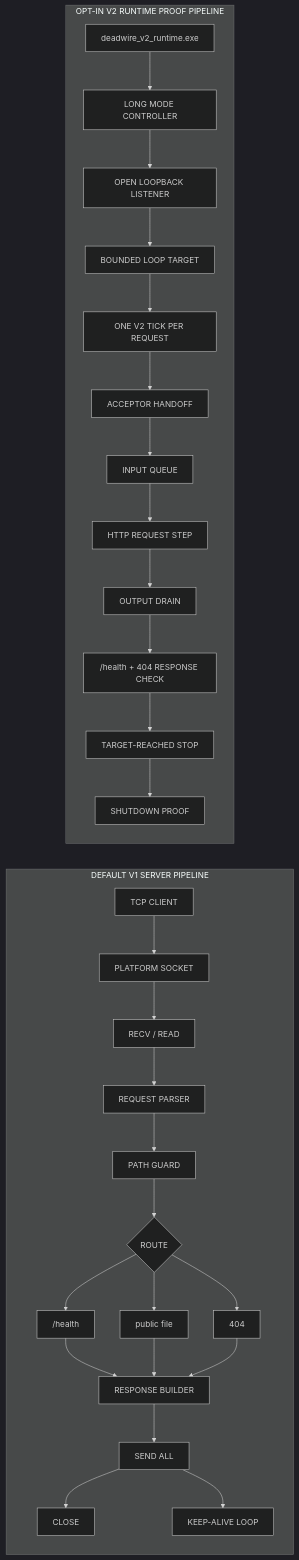
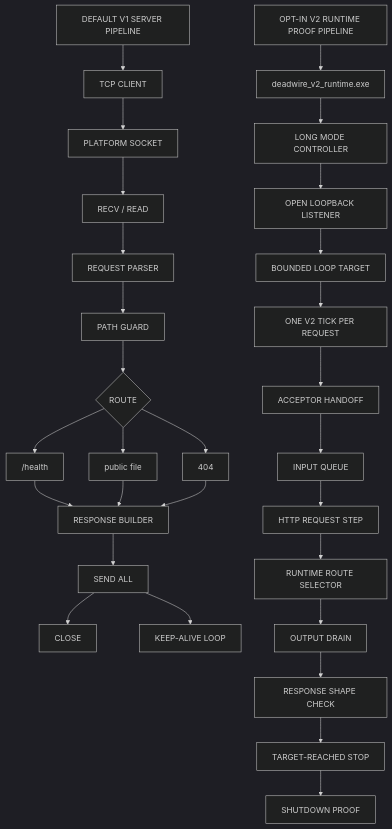
The diagram in README.md (Deadbytes101/DEADWIRE-HTTPD), drawn with Mermaid (dark theme) before and after one commit.

Commit message:
readable pipeline diagram (#111)
* docs: make pipeline mermaid readable on dark theme

* docs: force transparent mermaid groups

* docs: remove mermaid subgraph panels

* docs: use plain mermaid pipeline theme

````diff
--- a/README.md
+++ b/README.md
@@ -35,33 +35,34 @@
 ```mermaid
-flowchart LR
-    subgraph V1["DEFAULT V1 SERVER PIPELINE"]
-        CLIENT["TCP CLIENT"] --> SOCKET["PLATFORM SOCKET"]
-        SOCKET --> RECV["RECV / READ"]
-        RECV --> PARSE["REQUEST PARSER"]
-        PARSE --> GUARD["PATH GUARD"]
-        GUARD --> ROUTE{"ROUTE"}
-        ROUTE --> HEALTH["/health"]
-        ROUTE --> STATIC["public file"]
-        ROUTE --> MISS["404"]
-        HEALTH --> RESPONSE["RESPONSE BUILDER"]
-        STATIC --> RESPONSE
-        MISS --> RESPONSE
-        RESPONSE --> SEND["SEND ALL"]
-        SEND --> CLOSE["CLOSE"]
-        SEND --> LOOP["KEEP-ALIVE LOOP"]
-    end
+flowchart TD
+    V1TITLE["DEFAULT V1 SERVER PIPELINE"]
+    V1TITLE --> CLIENT["TCP CLIENT"]
+    CLIENT --> SOCKET["PLATFORM SOCKET"]
+    SOCKET --> RECV["RECV / READ"]
+    RECV --> PARSE["REQUEST PARSER"]
+    PARSE --> GUARD["PATH GUARD"]
+    GUARD --> ROUTE{"ROUTE"}
+    ROUTE --> HEALTH["/health"]
+    ROUTE --> STATIC["public file"]
+    ROUTE --> MISS["404"]
+    HEALTH --> RESPONSE["RESPONSE BUILDER"]
+    STATIC --> RESPONSE
+    MISS --> RESPONSE
+    RESPONSE --> SEND["SEND ALL"]
+    SEND --> CLOSE["CLOSE"]
+    SEND --> LOOP["KEEP-ALIVE LOOP"]
 
-    subgraph V2["OPT-IN V2 RUNTIME PROOF PIPELINE"]
-        V2BOOT["deadwire_v2_runtime.exe"] --> V2LONG["LONG MODE CONTROLLER"]
-        V2LONG --> V2LIVE["OPEN LOOPBACK LISTENER"]
-        V2LIVE --> V2COUNT["BOUNDED LOOP TARGET"]
-        V2COUNT --> V2TICK["ONE V2 TICK PER REQUEST"]
-        V2TICK --> V2ACCEPT["ACCEPTOR HANDOFF"]
-        V2ACCEPT --> V2QUEUE["INPUT QUEUE"]
-        V2QUEUE --> V2HTTP["HTTP REQUEST STEP"]
-        V2HTTP --> V2OUT["OUTPUT DRAIN"]
-        V2OUT --> V2CHECK["/health + 404 RESPONSE CHECK"]
-        V2CHECK --> V2STOP["TARGET-REACHED STOP"]
-        V2STOP --> V2SHUT["SHUTDOWN PROOF"]
-    end
+    V2TITLE["OPT-IN V2 RUNTIME PROOF PIPELINE"]
+    V2TITLE --> V2BOOT["deadwire_v2_runtime.exe"]
+    V2BOOT --> V2LONG["LONG MODE CONTROLLER"]
+    V2LONG --> V2LIVE["OPEN LOOPBACK LISTENER"]
+    V2LIVE --> V2COUNT["BOUNDED LOOP TARGET"]
+    V2COUNT --> V2TICK["ONE V2 TICK PER REQUEST"]
+    V2TICK --> V2ACCEPT["ACCEPTOR HANDOFF"]
+    V2ACCEPT --> V2QUEUE["INPUT QUEUE"]
+    V2QUEUE --> V2HTTP["HTTP REQUEST STEP"]
+    V2HTTP --> V2ROUTE["RUNTIME ROUTE SELECTOR"]
+    V2ROUTE --> V2OUT["OUTPUT DRAIN"]
+    V2OUT --> V2CHECK["RESPONSE SHAPE CHECK"]
+    V2CHECK --> V2STOP["TARGET-REACHED STOP"]
+    V2STOP --> V2SHUT["SHUTDOWN PROOF"]
 ```
````
